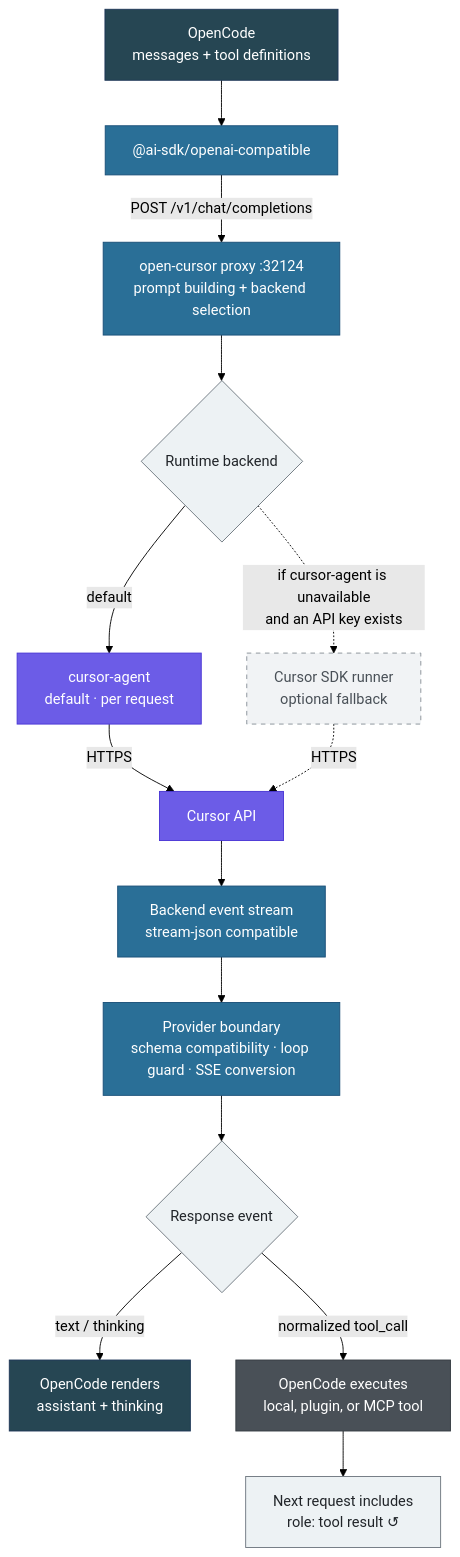
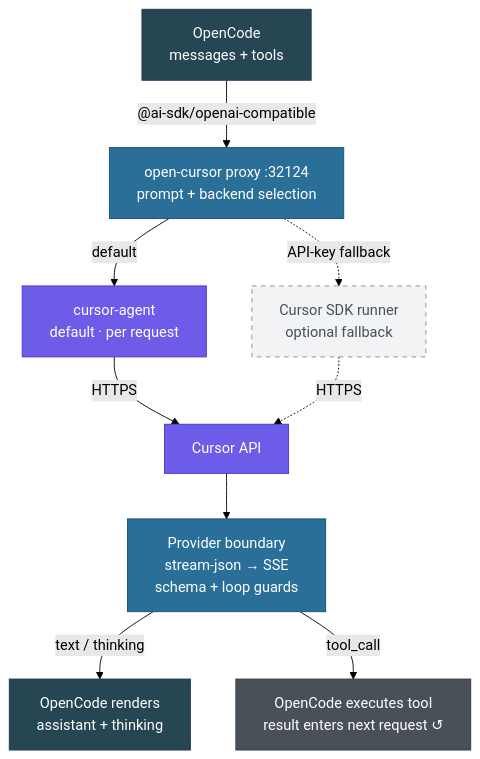
One commit to Nomadcxx/opencode-cursor changed the first of 2 diagrams in README.md. Above: the diagram before and after it, drawn with Mermaid (forest theme).

Commit message:
docs: compact architecture diagram

````diff
--- a/README.md
+++ b/README.md
@@ -162,43 +162,31 @@
 ```mermaid
 flowchart TB
-    REQUEST["OpenCode<br/>messages + tool definitions"]
-    ADAPTER["@ai-sdk/openai-compatible"]
-    PROXY["open-cursor proxy :32124<br/>prompt building + backend selection"]
-    BACKEND{"Runtime backend"}
+    OPEN["OpenCode<br/>messages + tools"]
+    PROXY["open-cursor proxy :32124<br/>prompt + backend selection"]
     AGENT["cursor-agent<br/>default · per request"]
     SDK["Cursor SDK runner<br/>optional fallback"]
-    CURSOR["Cursor API"]
-    EVENTS["Backend event stream<br/>stream-json compatible"]
-    BOUNDARY["Provider boundary<br/>schema compatibility · loop guard · SSE conversion"]
-    RESPONSE{"Response event"}
+    API["Cursor API"]
+    BOUNDARY["Provider boundary<br/>stream-json → SSE<br/>schema + loop guards"]
     TEXT["OpenCode renders<br/>assistant + thinking"]
-    TOOLS["OpenCode executes<br/>local, plugin, or MCP tool"]
-    NEXT["Next request includes<br/>role: tool result ↺"]
+    TOOLS["OpenCode executes tool<br/>result enters next request ↺"]
 
-    REQUEST --> ADAPTER
-    ADAPTER -->|"POST /v1/chat/completions"| PROXY
-    PROXY --> BACKEND
-    BACKEND -->|"default"| AGENT
-    BACKEND -. "if cursor-agent is unavailable<br/>and an API key exists" .-> SDK
-    AGENT -->|"HTTPS"| CURSOR
-    SDK -. "HTTPS" .-> CURSOR
-    CURSOR --> EVENTS
-    EVENTS --> BOUNDARY
-    BOUNDARY --> RESPONSE
-    RESPONSE -->|"text / thinking"| TEXT
-    RESPONSE -->|"normalized tool_call"| TOOLS
-    TOOLS --> NEXT
+    OPEN -->|"@ai-sdk/openai-compatible"| PROXY
+    PROXY -->|"default"| AGENT
+    PROXY -. "API-key fallback" .-> SDK
+    AGENT -->|"HTTPS"| API
+    SDK -. "HTTPS" .-> API
+    API --> BOUNDARY
+    BOUNDARY -->|"text / thinking"| TEXT
+    BOUNDARY -->|"tool_call"| TOOLS
 
     classDef host fill:#264653,stroke:#1d3557,color:#fff
     classDef bridge fill:#2a6f97,stroke:#184e77,color:#fff
     classDef cursor fill:#6c5ce7,stroke:#4834d4,color:#fff
     classDef optional fill:#f1f3f5,stroke:#868e96,color:#495057,stroke-dasharray:5 5
     classDef tool fill:#495057,stroke:#343a40,color:#fff
-    classDef terminal fill:#edf2f4,stroke:#6c757d,color:#212529
-    class REQUEST,TEXT host
-    class ADAPTER,PROXY,EVENTS,BOUNDARY bridge
-    class AGENT,CURSOR cursor
+    class OPEN,TEXT host
+    class PROXY,BOUNDARY bridge
+    class AGENT,API cursor
     class SDK optional
     class TOOLS tool
-    class BACKEND,RESPONSE,NEXT terminal
 ```
````
